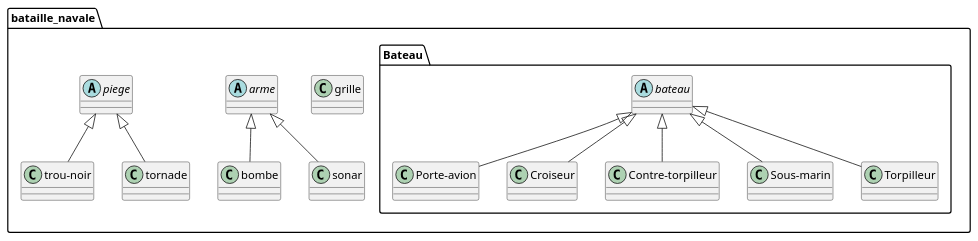
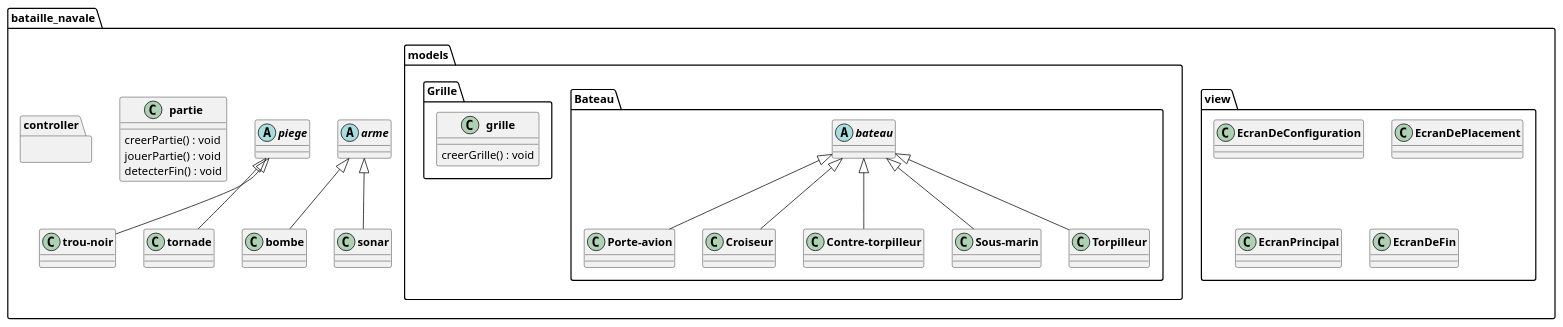
Before and after one commit to ferencz49/bataille-navale: the diagram in bataille_navale_java/semaine1.puml, drawn with PlantUML. The commit also changed 7 other files, not shown here.

Commit message:
encore de l'uml + packages + classes créées

```diff
--- a/bataille_navale_java/semaine1.puml
+++ b/bataille_navale_java/semaine1.puml
@@ -1,38 +1,71 @@
 @startuml
+skinparam classAttributeIconSize 0
+skinparam classFontStyle Bold
+hide enum methods
+
 
 package bataille_navale{
 
-    package Bateau{
 
-        abstract class bateau{}
-
-        class Porte-avion extends bateau{}
-
-        class Croiseur extends bateau{}
-
-        class Contre-torpilleur extends bateau{}
-
-        class Sous-marin extends bateau{}
-
-        class Torpilleur extends bateau{}
-        }
-
-    class grille{}
 
     abstract class arme{}
 
     class bombe extends arme{}
 
     class sonar extends arme{}
 
     abstract class piege{}
 
     class trou-noir extends piege{}
 
     class tornade extends piege{}
 
+    class partie{
+        creerPartie() : void
+        jouerPartie() : void
+        detecterFin() : void
+    }
+
+    package view{
+        class EcranDeConfiguration{}
+
+        class EcranDePlacement{}
+
+        class EcranPrincipal{}
+
+        class EcranDeFin{}
+    }
+    package controller{
+
+    }
+    package models{
+
+        package Bateau{
+
+            abstract class bateau{}
+
+            class Porte-avion extends bateau{}
+
+            class Croiseur extends bateau{}
+
+            class Contre-torpilleur extends bateau{}
+
+            class Sous-marin extends bateau{}
+
+            class Torpilleur extends bateau{}
+            }
+
+        package Grille{
+
+            class grille{
+                creerGrille() : void
+            }
+
+        }
+
+    }
 
 
 }
 
 @enduml
```
